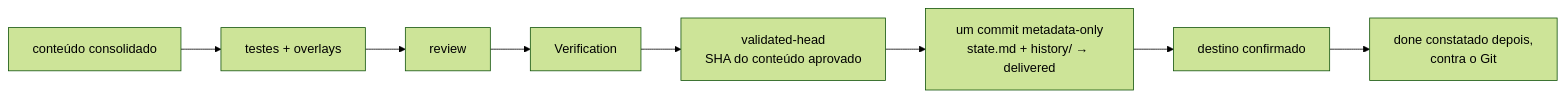
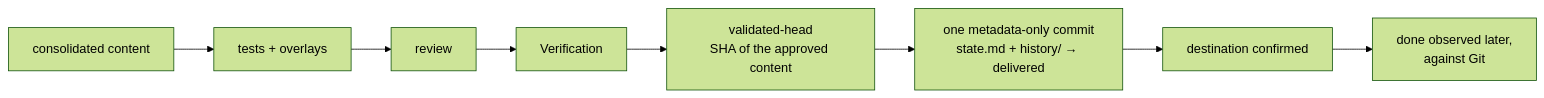
The sixth of 8 diagrams in README.md (rpelizza/PelizzAI), drawn with Mermaid (forest theme) before and after one commit. The commit also changed other lines of this file and 362 other files, not shown here.

````diff
--- a/README.md
+++ b/README.md
@@ -315,10 +321,10 @@
 ```mermaid
 flowchart LR
-    C["conteúdo consolidado"] --> T["testes + overlays"]
+    C["consolidated content"] --> T["tests + overlays"]
     T --> R["review"]
     R --> V["Verification"]
-    V --> S["validated-head<br/>SHA do conteúdo aprovado"]
-    S --> M["um commit metadata-only<br/>state.md + history/ → delivered"]
-    M --> X["destino confirmado"]
-    X --> DN["done constatado depois,<br/>contra o Git"]
+    V --> S["validated-head<br/>SHA of the approved content"]
+    S --> M["one metadata-only commit<br/>state.md + history/ → delivered"]
+    M --> X["destination confirmed"]
+    X --> DN["done observed later,<br/>against Git"]
 ```
````
